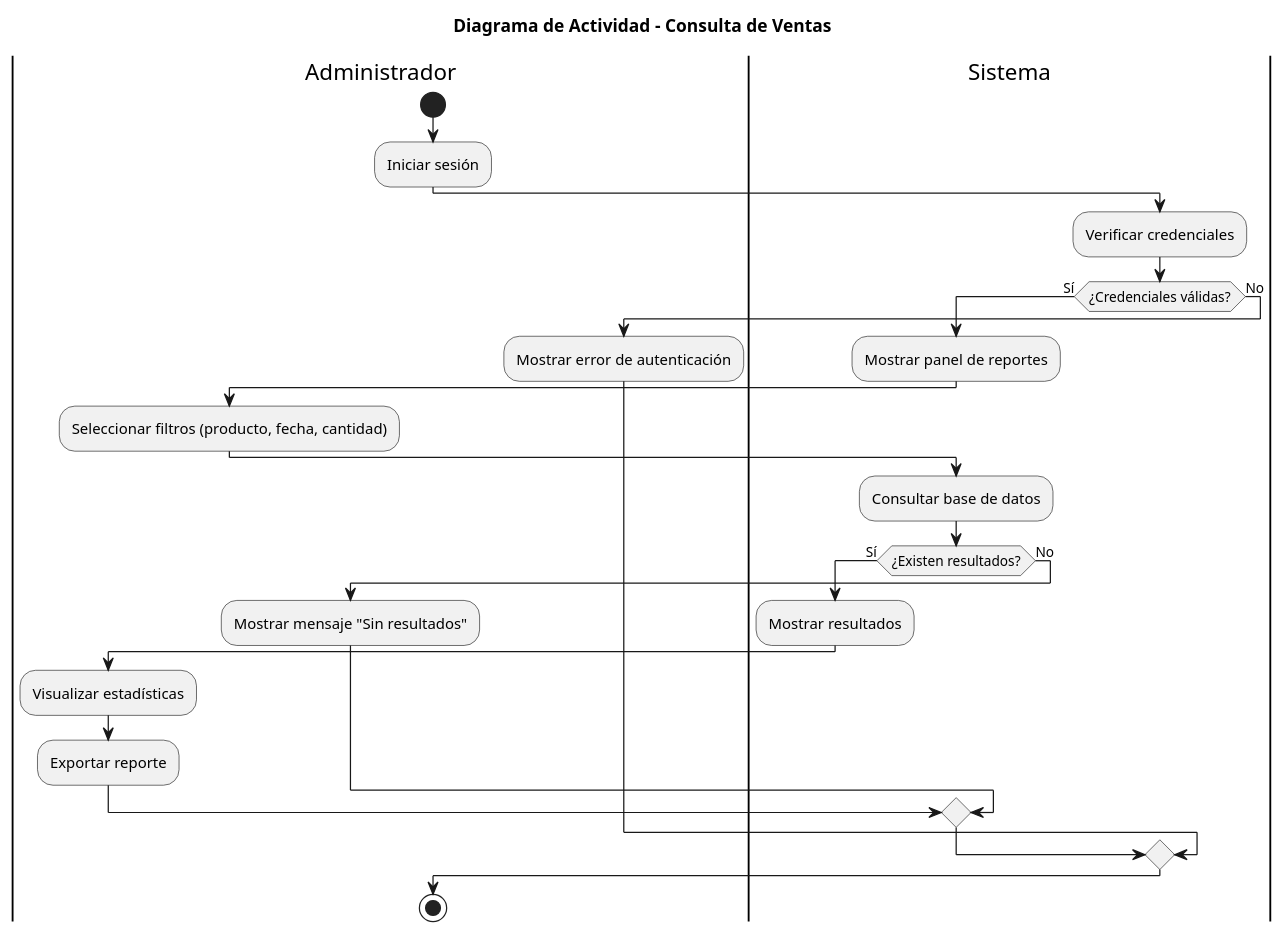
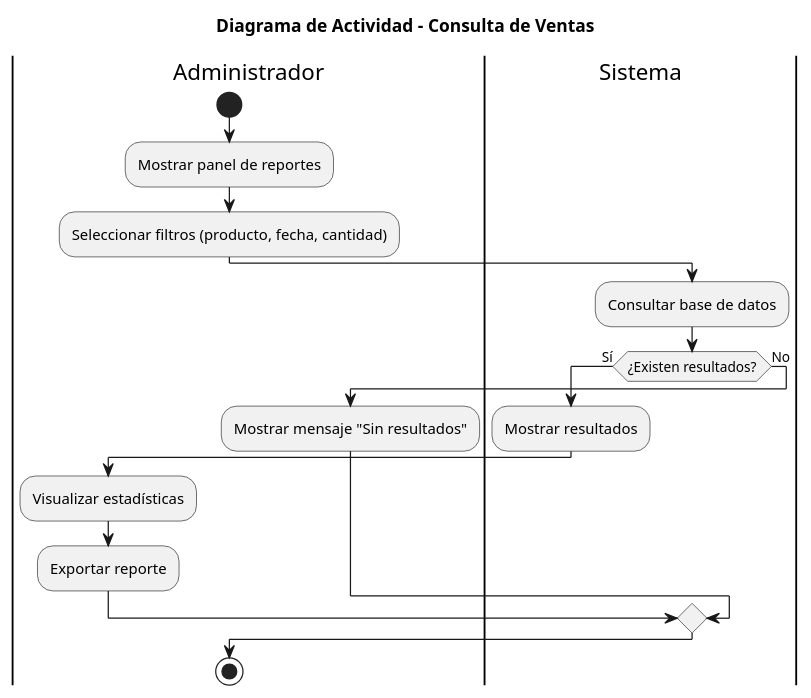
Before and after one commit to Luci1274/plant: the diagram in Final_ing2/Diagrama_Actividad_Gonzalez_Diagrama de consultas ventas.puml, drawn with PlantUML. The commit also changed 19 other files, not shown here.

```diff
--- a/Final_ing2/Diagrama_Actividad_Gonzalez_Diagrama de consultas ventas.puml
+++ b/Final_ing2/Diagrama_Actividad_Gonzalez_Diagrama de consultas ventas.puml
@@ -1,34 +1,24 @@
 @startuml
 title Diagrama de Actividad - Consulta de Ventas
 
 |Administrador|
 start
-:Iniciar sesión;
+:Mostrar panel de reportes;
+
+|Administrador|
+:Seleccionar filtros (producto, fecha, cantidad);
 
 |Sistema|
-:Verificar credenciales;
+:Consultar base de datos;
 
-if (¿Credenciales válidas?) then (Sí)
-  :Mostrar panel de reportes;
-
+if (¿Existen resultados?) then (Sí)
+  :Mostrar resultados;
   |Administrador|
-  :Seleccionar filtros (producto, fecha, cantidad);
-
-  |Sistema|
-  :Consultar base de datos;
-
-  if (¿Existen resultados?) then (Sí)
-    :Mostrar resultados;
-    |Administrador|
-    :Visualizar estadísticas;
-    :Exportar reporte;
-  else (No)
-    :Mostrar mensaje "Sin resultados";
-  endif
-
+  :Visualizar estadísticas;
+  :Exportar reporte;
 else (No)
-  :Mostrar error de autenticación;
+  :Mostrar mensaje "Sin resultados";
 endif
 
 stop
 @enduml
```
